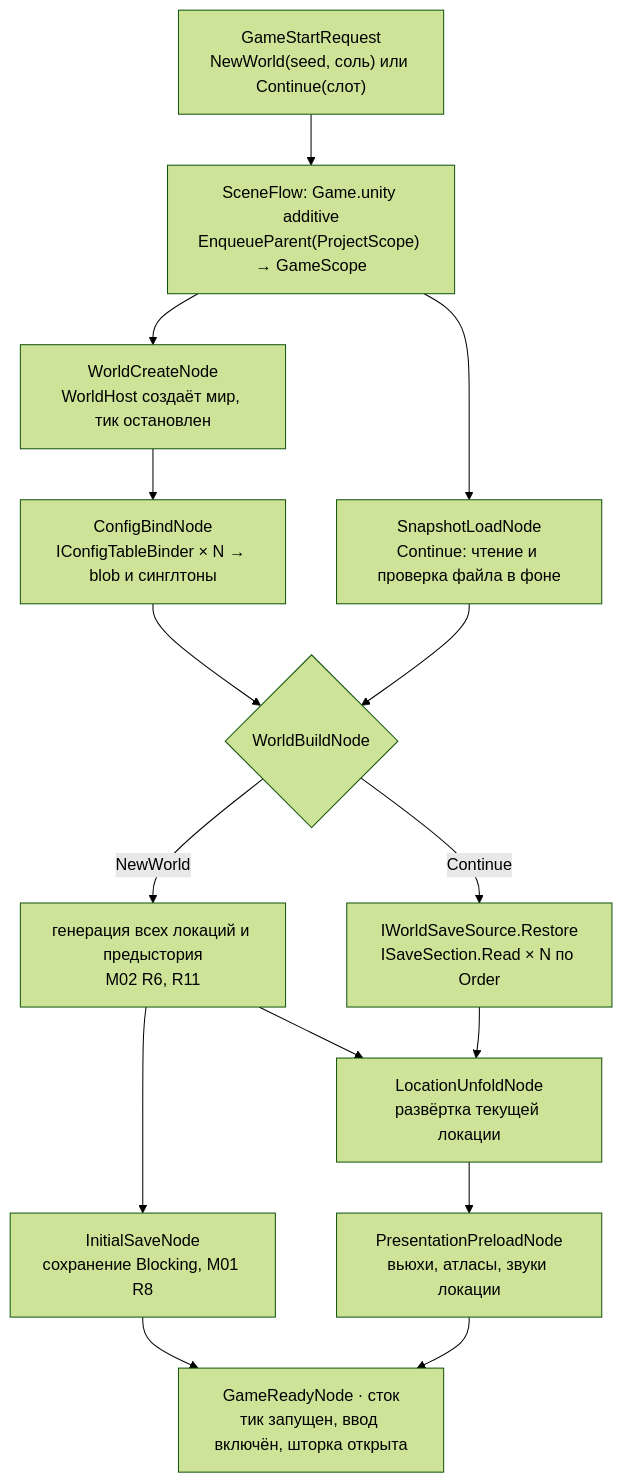
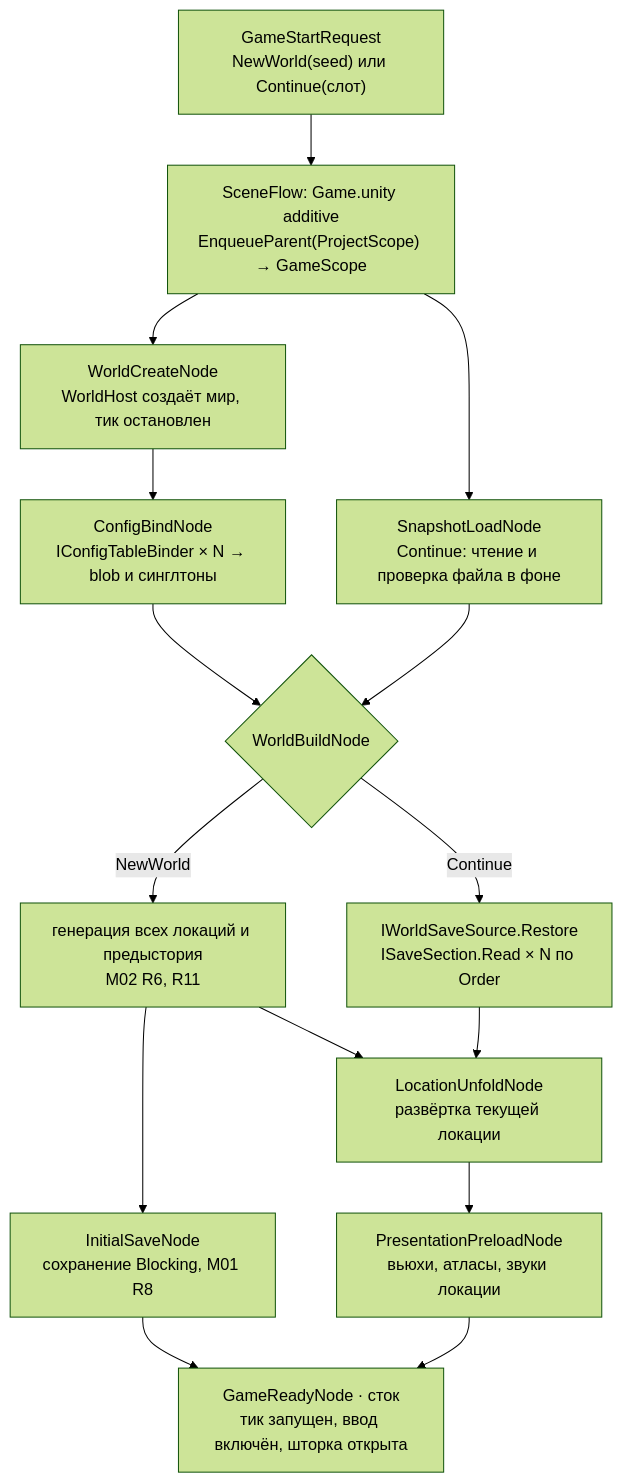
Before and after one commit to ArtesiaDev/Rise-to-Panteon: the second of 4 diagrams in Docs/Tech/Architecture/Services.md, drawn with Mermaid (forest theme). The commit also changed other lines of this file and 6 other files, not shown here.

First line of the commit message:
docs(arch): align architecture with the new character progression

````diff
--- a/Docs/Tech/Architecture/Services.md
+++ b/Docs/Tech/Architecture/Services.md
@@ -230,17 +230,17 @@
 ```mermaid
 flowchart TD
-    REQ["GameStartRequest<br/>NewWorld(seed, соль) или Continue(слот)"] --> SCN["SceneFlow: Game.unity additive<br/>EnqueueParent(ProjectScope) → GameScope"]
+    REQ["GameStartRequest<br/>NewWorld(seed) или Continue(слот)"] --> SCN["SceneFlow: Game.unity additive<br/>EnqueueParent(ProjectScope) → GameScope"]
     SCN --> WC["WorldCreateNode<br/>WorldHost создаёт мир, тик остановлен"]
     SCN --> SL["SnapshotLoadNode<br/>Continue: чтение и проверка файла в фоне"]
     WC --> CB["ConfigBindNode<br/>IConfigTableBinder × N → blob и синглтоны"]
     CB --> WB{"WorldBuildNode"}
     SL --> WB
     WB -- "NewWorld" --> GEN["генерация всех локаций и предыстория<br/>M02 R6, R11"]
     WB -- "Continue" --> RST["IWorldSaveSource.Restore<br/>ISaveSection.Read × N по Order"]
     GEN --> IS["InitialSaveNode<br/>сохранение Blocking, M01 R8"]
     GEN --> UF["LocationUnfoldNode<br/>развёртка текущей локации"]
     RST --> UF
     UF --> PP["PresentationPreloadNode<br/>вьюхи, атласы, звуки локации"]
     IS --> GR["GameReadyNode · сток<br/>тик запущен, ввод включён, шторка открыта"]
     PP --> GR
 ```
````
